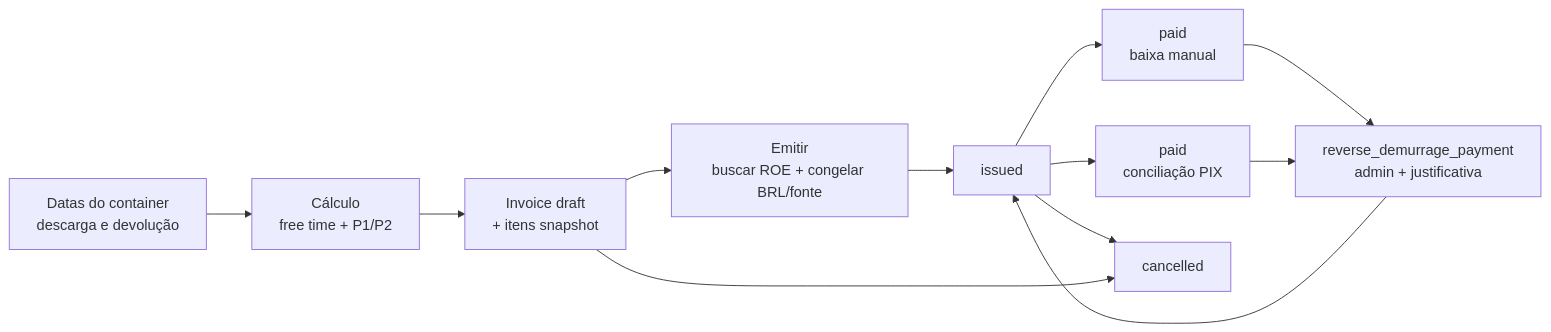
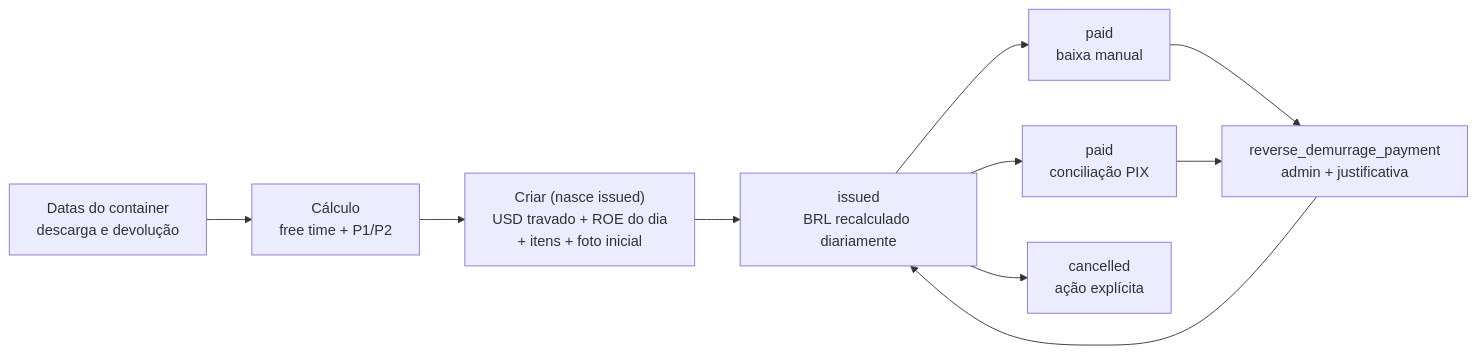
One commit to luccafwlog/transhippingdesk changed the diagram in docs/modules/demurrage.md. Above: the diagram before and after it, drawn with Mermaid. The commit also changed other lines of this file and 10 other files, not shown here.

First line of the commit message:
feat(demurrage): Fase 2 — fatura nasce issued + emissão automática

````diff
--- a/docs/modules/demurrage.md
+++ b/docs/modules/demurrage.md
@@ -161,14 +161,12 @@
 ```mermaid
 flowchart LR
     Dates["Datas do container<br/>descarga e devolução"] --> Calc["Cálculo<br/>free time + P1/P2"]
-    Calc --> Draft["Invoice draft<br/>+ itens snapshot"]
-    Draft --> Freeze["Emitir<br/>buscar ROE + congelar BRL/fonte"]
-    Freeze --> Issued["issued"]
+    Calc --> Create["Criar (nasce issued)<br/>USD travado + ROE do dia<br/>+ itens + foto inicial"]
+    Create --> Issued["issued<br/>BRL recalculado diariamente"]
     Issued --> Manual["paid<br/>baixa manual"]
     Issued --> Pix["paid<br/>conciliação PIX"]
-    Issued --> Cancelled["cancelled"]
-    Draft --> Cancelled
+    Issued --> Cancelled["cancelled<br/>ação explícita"]
     Manual --> Reverse["reverse_demurrage_payment<br/>admin + justificativa"]
     Pix --> Reverse
     Reverse --> Issued
 ```
````
